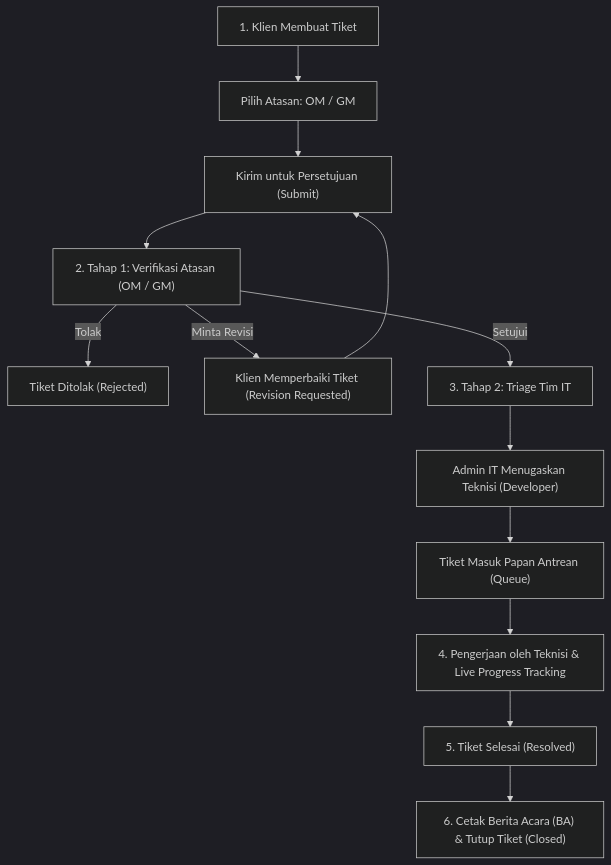
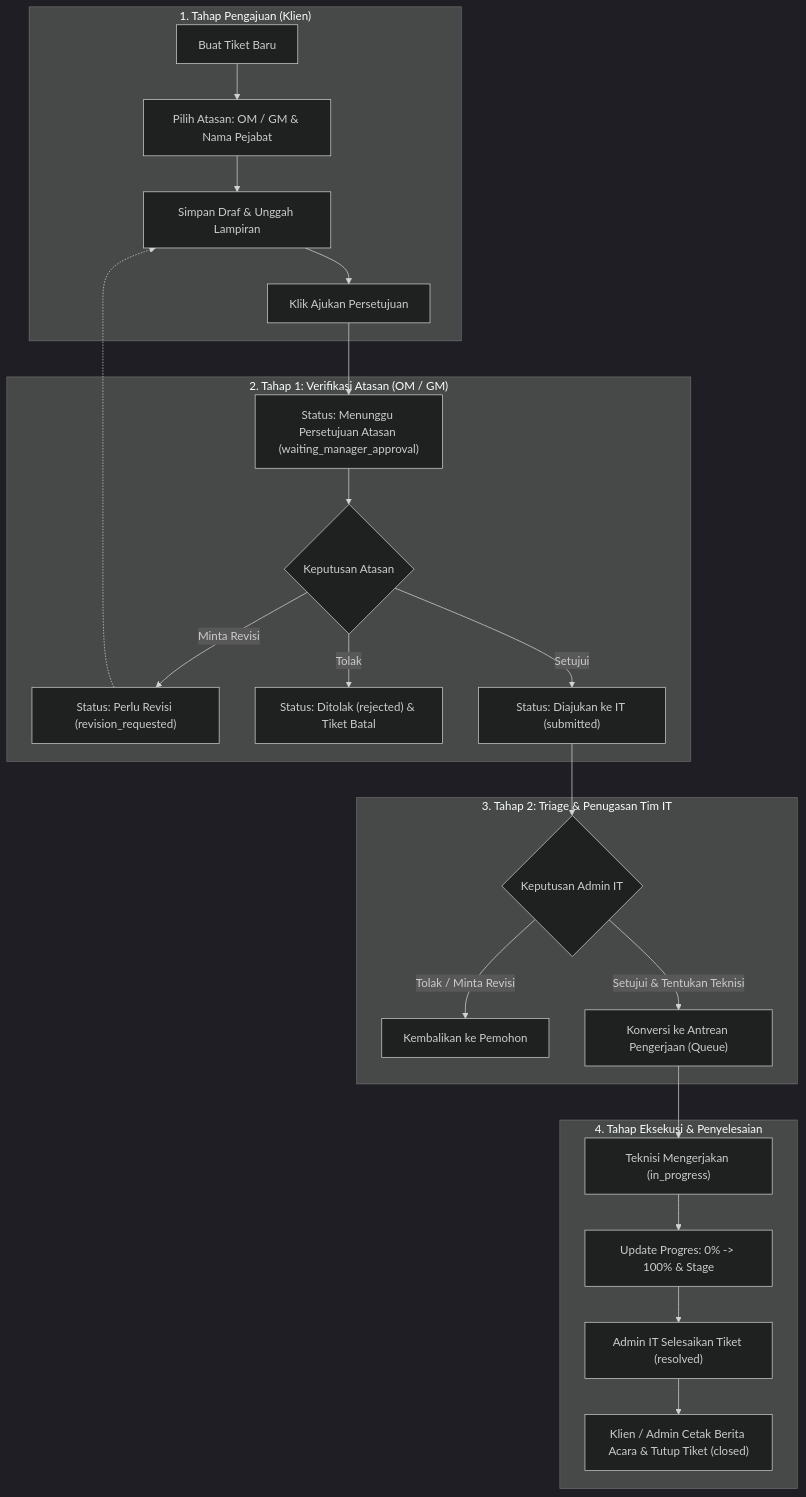
The diagram in PEDOMAN_PENGGUNA.md (dimasagp1/ticketing_system), drawn with Mermaid (dark theme) before and after one commit. The commit also changed other lines of this file, not shown here.

````diff
--- a/PEDOMAN_PENGGUNA.md
+++ b/PEDOMAN_PENGGUNA.md
@@ -36,17 +148,30 @@
 ```mermaid
 flowchart TD
-    A["1. Klien Membuat Tiket"] --> B["Pilih Atasan: OM / GM"]
-    B --> C["Kirim untuk Persetujuan (Submit)"]
-    C --> D["2. Tahap 1: Verifikasi Atasan (OM / GM)"]
-    
-    D -- "Tolak" --> E["Tiket Ditolak (Rejected)"]
-    D -- "Minta Revisi" --> F["Klien Memperbaiki Tiket (Revision Requested)"]
-    F --> C
-    D -- "Setujui" --> G["3. Tahap 2: Triage Tim IT"]
-    
-    G --> H["Admin IT Menugaskan Teknisi (Developer)"]
-    H --> I["Tiket Masuk Papan Antrean (Queue)"]
-    I --> J["4. Pengerjaan oleh Teknisi & Live Progress Tracking"]
-    J --> K["5. Tiket Selesai (Resolved)"]
-    K --> L["6. Cetak Berita Acara (BA) & Tutup Tiket (Closed)"]
+    subgraph KLIEN["1. Tahap Pengajuan (Klien)"]
+        A["Buat Tiket Baru"] --> B["Pilih Atasan: OM / GM & Nama Pejabat"]
+        B --> C["Simpan Draf & Unggah Lampiran"]
+        C --> D["Klik Ajukan Persetujuan"]
+    end
+
+    subgraph ATASAN["2. Tahap 1: Verifikasi Atasan (OM / GM)"]
+        D --> E["Status: Menunggu Persetujuan Atasan (waiting_manager_approval)"]
+        E --> F{"Keputusan Atasan"}
+        F -- "Minta Revisi" --> G["Status: Perlu Revisi (revision_requested)"]
+        G -.-> C
+        F -- "Tolak" --> H["Status: Ditolak (rejected) & Tiket Batal"]
+        F -- "Setujui" --> I["Status: Diajukan ke IT (submitted)"]
+    end
+
+    subgraph IT["3. Tahap 2: Triage & Penugasan Tim IT"]
+        I --> J{"Keputusan Admin IT"}
+        J -- "Tolak / Minta Revisi" --> K["Kembalikan ke Pemohon"]
+        J -- "Setujui & Tentukan Teknisi" --> L["Konversi ke Antrean Pengerjaan (Queue)"]
+    end
+
+    subgraph PENGERJAAN["4. Tahap Eksekusi & Penyelesaian"]
+        L --> M["Teknisi Mengerjakan (in_progress)"]
+        M --> N["Update Progres: 0% -> 100% & Stage"]
+        N --> O["Admin IT Selesaikan Tiket (resolved)"]
+        O --> P["Klien / Admin Cetak Berita Acara & Tutup Tiket (closed)"]
+    end
 ```
````
